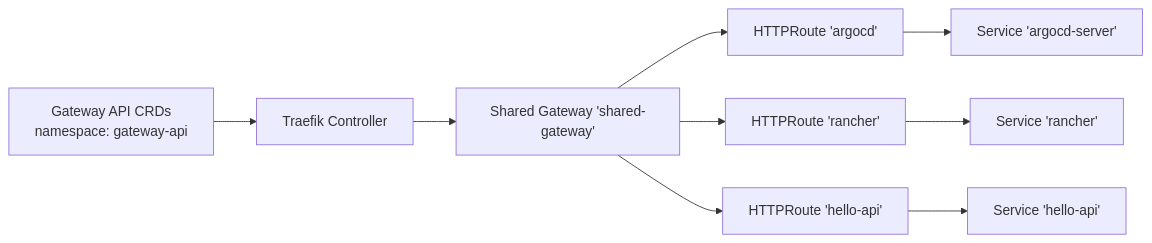
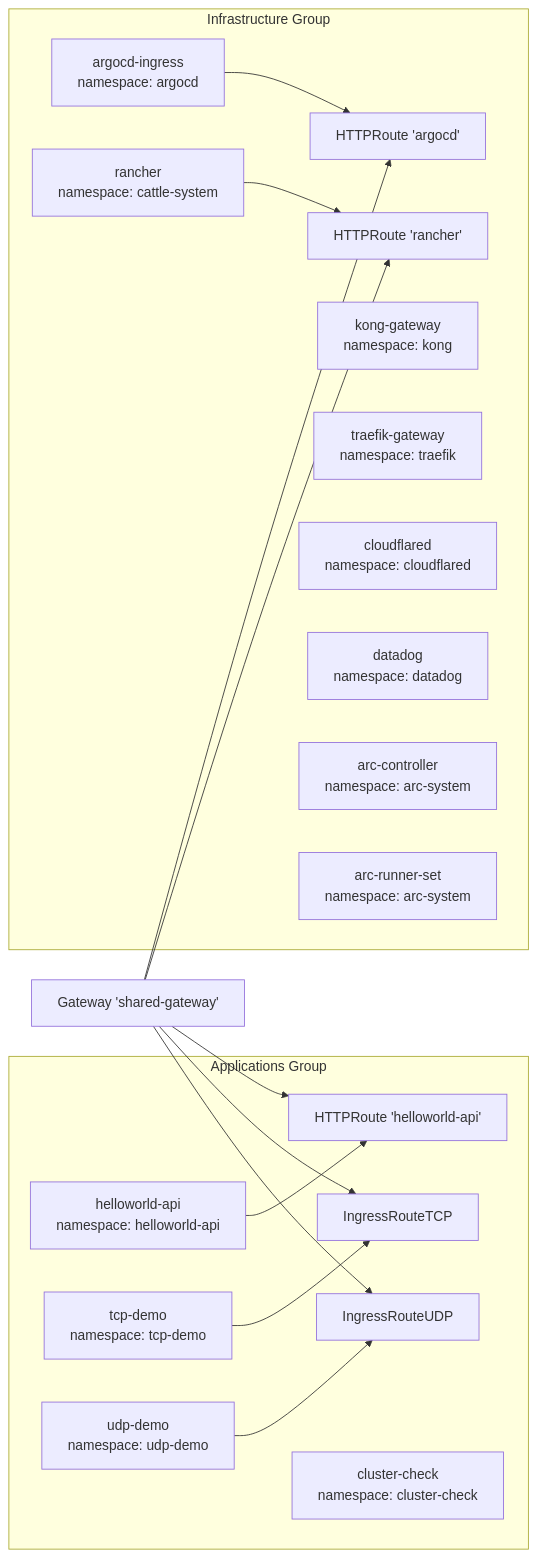
Before and after one commit to Hoangvu75/k8s_manifest: the sixth of 6 diagrams in .qoder/repowiki/en/content/Playground Applications/Playground Applications.md, drawn with Mermaid. The commit also changed other lines of this file and 31 other files, not shown here.

````diff
--- a/.qoder/repowiki/en/content/Playground Applications/Playground Applications.md
+++ b/.qoder/repowiki/en/content/Playground Applications/Playground Applications.md
@@ -285,11 +342,24 @@
 ```mermaid
 graph LR
-GATEWAYAPI["Gateway API CRDs<br/>namespace: gateway-api"] --> TRAEFIK["Traefik Controller"]
-TRAEFIK --> SHAREDGW["Shared Gateway 'shared-gateway'"]
-SHAREDGW --> ARGOHR["HTTPRoute 'argocd'"]
-SHAREDGW --> RANCHHR["HTTPRoute 'rancher'"]
-SHAREDGW --> HELLOHR["HTTPRoute 'hello-api'"]
-ARGOHR --> ARGO["Service 'argocd-server'"]
-RANCHHR --> RANCH["Service 'rancher'"]
-HELLOHR --> HELLO["Service 'hello-api'"]
+subgraph "Applications Group"
+HELLO["helloworld-api<br/>namespace: helloworld-api"] --> HELLOHR["HTTPRoute 'helloworld-api'"]
+TCPDEMO["tcp-demo<br/>namespace: tcp-demo"] --> TCPROUTE["IngressRouteTCP"]
+UDPDEMO["udp-demo<br/>namespace: udp-demo"] --> UDPROUTE["IngressRouteUDP"]
+CLUSTER["cluster-check<br/>namespace: cluster-check"]
+end
+subgraph "Infrastructure Group"
+ARGO["argocd-ingress<br/>namespace: argocd"] --> ARGOHR["HTTPRoute 'argocd'"]
+RANCH["rancher<br/>namespace: cattle-system"] --> RANCHHR["HTTPRoute 'rancher'"]
+KONG["kong-gateway<br/>namespace: kong"]
+TRADEFIK["traefik-gateway<br/>namespace: traefik"]
+CLOUDFLARE["cloudflared<br/>namespace: cloudflared"]
+DATADOG["datadog<br/>namespace: datadog"]
+ARCCTRL["arc-controller<br/>namespace: arc-system"]
+ARCRUNSET["arc-runner-set<br/>namespace: arc-system"]
+end
+SharedGW["Gateway 'shared-gateway'"] --> ARGOHR
+SharedGW --> RANCHHR
+SharedGW --> HELLOHR
+SharedGW --> TCPROUTE
+SharedGW --> UDPROUTE
 ```
````
